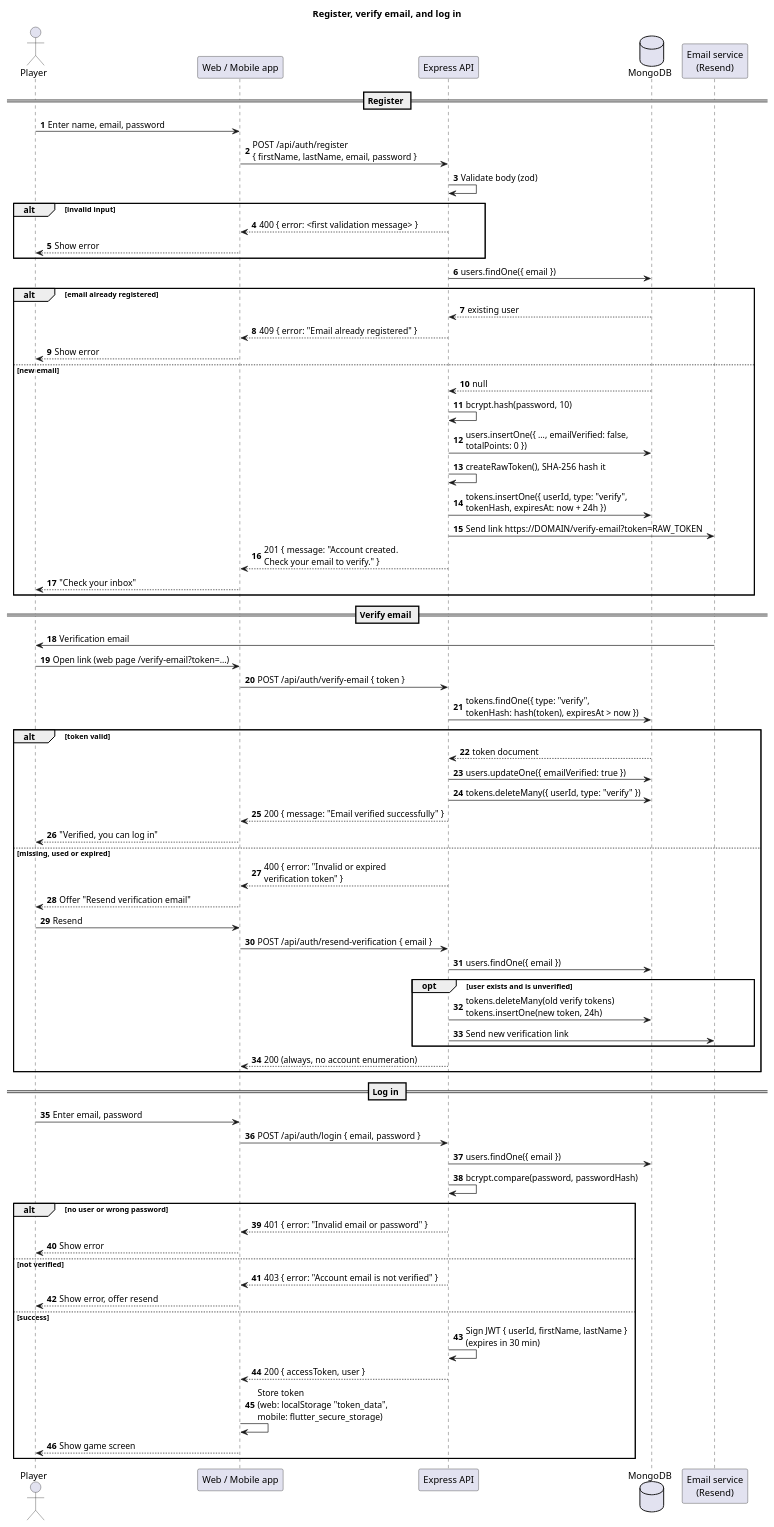
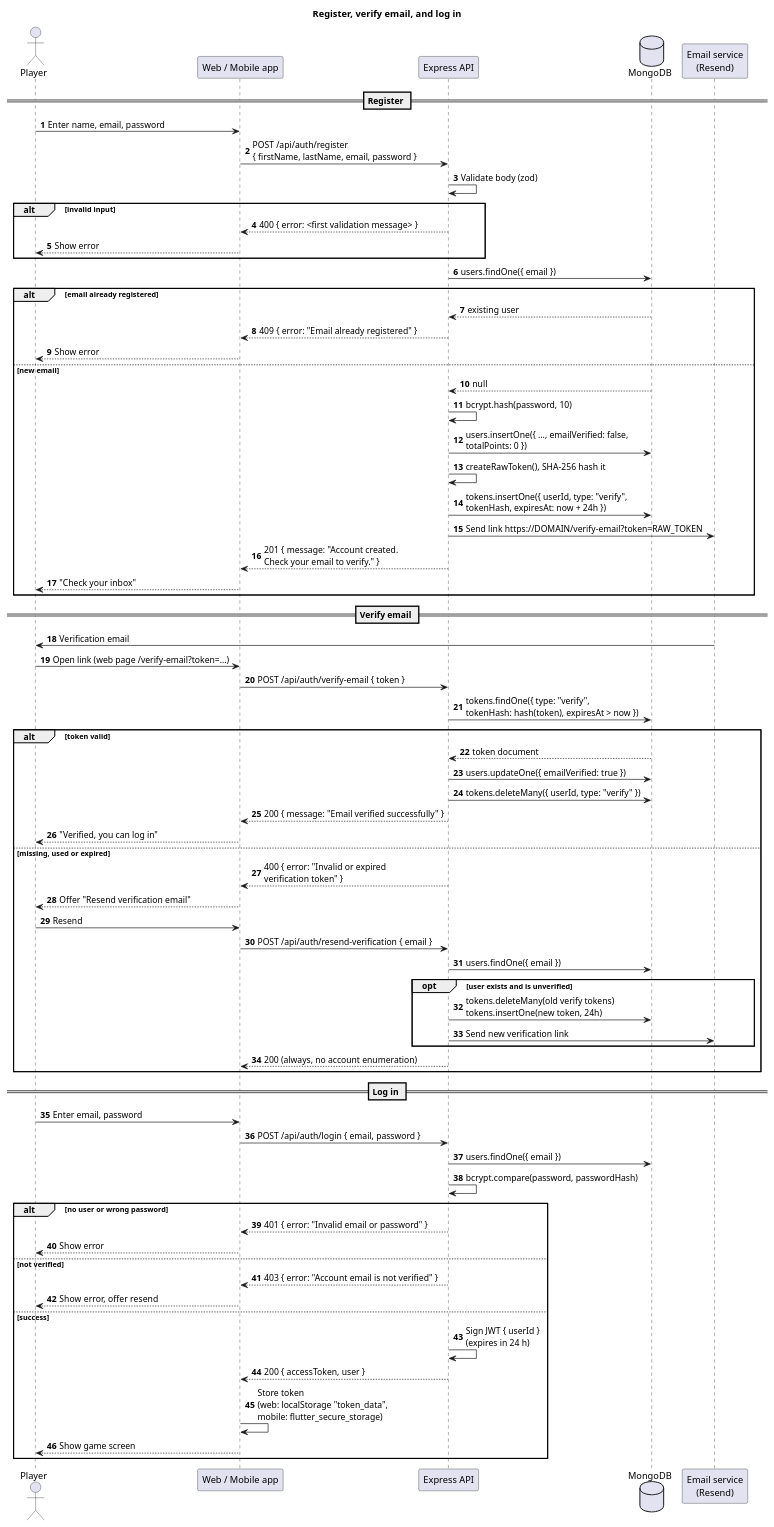
One commit to samborg-dev/COP4331-Large-Project changed the diagram in docs/diagrams/sequence-register-verify.puml. Above: the diagram before and after it, drawn with PlantUML. The commit also changed 1 other file, not shown here.

Commit message:
Fix JWT lifetime and payload in the login sequence diagram

```diff
--- a/docs/diagrams/sequence-register-verify.puml
+++ b/docs/diagrams/sequence-register-verify.puml
@@ -1,82 +1,82 @@
 @startuml sequence-register-verify
 ' Sequence diagram: register -> verify email -> log in.
 ' Matches apps/api/src/controllers/{register,login}.ts and routes/auth.ts.
 ' Render at https://www.plantuml.com/plantuml or with the VS Code PlantUML extension.
 title Register, verify email, and log in
 
 autonumber
 skinparam shadowing false
 skinparam sequenceMessageAlign left
 
 actor Player
 participant "Web / Mobile app" as App
 participant "Express API" as API
 database "MongoDB" as DB
 participant "Email service\n(Resend)" as Mail
 
 == Register ==
 Player -> App : Enter name, email, password
 App -> API : POST /api/auth/register\n{ firstName, lastName, email, password }
 API -> API : Validate body (zod)
 alt invalid input
   API --> App : 400 { error: <first validation message> }
   App --> Player : Show error
 end
 API -> DB : users.findOne({ email })
 alt email already registered
   DB --> API : existing user
   API --> App : 409 { error: "Email already registered" }
   App --> Player : Show error
 else new email
   DB --> API : null
   API -> API : bcrypt.hash(password, 10)
   API -> DB : users.insertOne({ ..., emailVerified: false,\ntotalPoints: 0 })
   API -> API : createRawToken(), SHA-256 hash it
   API -> DB : tokens.insertOne({ userId, type: "verify",\ntokenHash, expiresAt: now + 24h })
   API -> Mail : Send link https://DOMAIN/verify-email?token=RAW_TOKEN
   API --> App : 201 { message: "Account created.\nCheck your email to verify." }
   App --> Player : "Check your inbox"
 end
 
 == Verify email ==
 Mail -> Player : Verification email
 Player -> App : Open link (web page /verify-email?token=...)
 App -> API : POST /api/auth/verify-email { token }
 API -> DB : tokens.findOne({ type: "verify",\ntokenHash: hash(token), expiresAt > now })
 alt token valid
   DB --> API : token document
   API -> DB : users.updateOne({ emailVerified: true })
   API -> DB : tokens.deleteMany({ userId, type: "verify" })
   API --> App : 200 { message: "Email verified successfully" }
   App --> Player : "Verified, you can log in"
 else missing, used or expired
   API --> App : 400 { error: "Invalid or expired\nverification token" }
   App --> Player : Offer "Resend verification email"
   Player -> App : Resend
   App -> API : POST /api/auth/resend-verification { email }
   API -> DB : users.findOne({ email })
   opt user exists and is unverified
     API -> DB : tokens.deleteMany(old verify tokens)\ntokens.insertOne(new token, 24h)
     API -> Mail : Send new verification link
   end
   API --> App : 200 (always, no account enumeration)
 end
 
 == Log in ==
 Player -> App : Enter email, password
 App -> API : POST /api/auth/login { email, password }
 API -> DB : users.findOne({ email })
 API -> API : bcrypt.compare(password, passwordHash)
 alt no user or wrong password
   API --> App : 401 { error: "Invalid email or password" }
   App --> Player : Show error
 else not verified
   API --> App : 403 { error: "Account email is not verified" }
   App --> Player : Show error, offer resend
 else success
-  API -> API : Sign JWT { userId, firstName, lastName }\n(expires in 30 min)
+  API -> API : Sign JWT { userId }\n(expires in 24 h)
   API --> App : 200 { accessToken, user }
   App -> App : Store token\n(web: localStorage "token_data",\nmobile: flutter_secure_storage)
   App --> Player : Show game screen
 end
 @enduml
```
